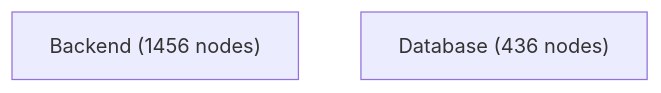
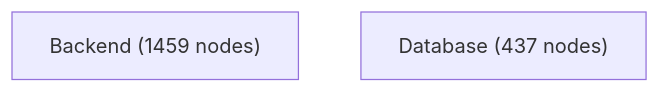
The first of 4 diagrams in docs/architecture-analysis/architecture.report.md (jankneumann/agentic-coding-tools), drawn with Mermaid before and after one commit. The commit also changed other lines of this file and 15 other files, not shown here.

First line of the commit message:
chore(architecture): refresh generated analysis artifacts

````diff
--- a/docs/architecture-analysis/architecture.report.md
+++ b/docs/architecture-analysis/architecture.report.md
@@ -501,5 +501,5 @@
 ```mermaid
 flowchart TB
-    Backend["Backend (1456 nodes)"]
-    Database["Database (436 nodes)"]
+    Backend["Backend (1459 nodes)"]
+    Database["Database (437 nodes)"]
 ```
````
